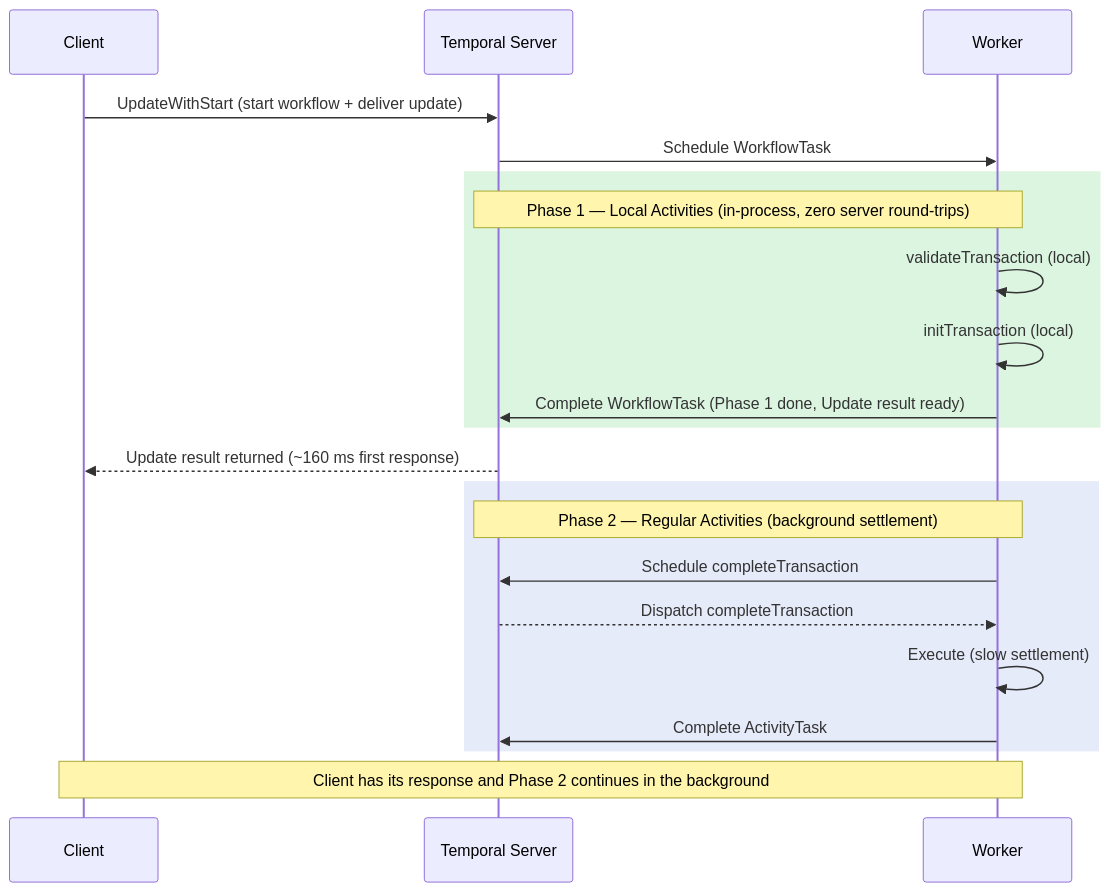
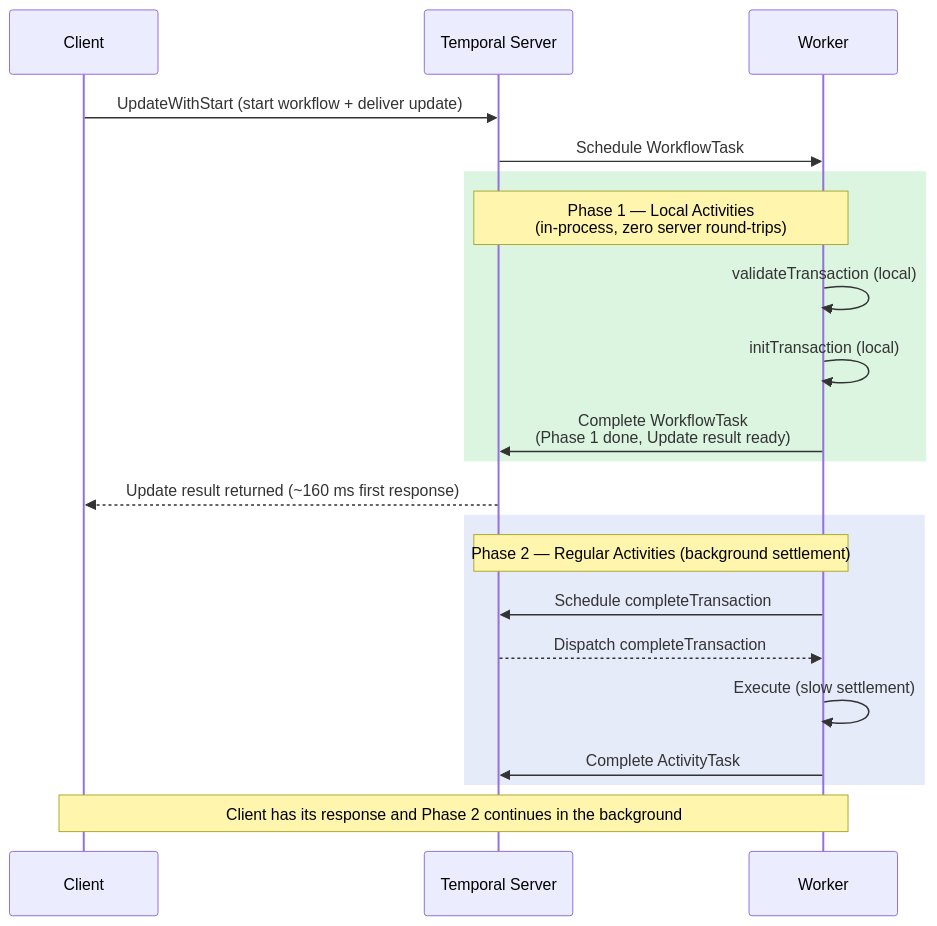
One commit to temporalio/documentation changed the diagram in docs/design-patterns/early-return-local-activities.mdx. Above: the diagram before and after it, drawn with Mermaid. The commit also changed 15 other files, not shown here.

First line of the commit message:
Refactor Mermaid diagrams for improved clarity and consistency across documentation

````diff
--- a/docs/design-patterns/early-return-local-activities.mdx
+++ b/docs/design-patterns/early-return-local-activities.mdx
@@ -21,28 +21,28 @@
 ```mermaid
 sequenceDiagram
     participant C as Client
     participant S as Temporal Server
     participant W as Worker
 
     C->>S: UpdateWithStart (start workflow + deliver update)
     S->>W: Schedule WorkflowTask
 
     rect rgb(220, 245, 225)
-        Note over S,W: Phase 1 — Local Activities (in-process, zero server round-trips)
+        Note over S,W: Phase 1 — Local Activities<br/>(in-process, zero server round-trips)
         W->>W: validateTransaction (local)
         W->>W: initTransaction (local)
-        W->>S: Complete WorkflowTask (Phase 1 done, Update result ready)
+        W->>S: Complete WorkflowTask<br/>(Phase 1 done, Update result ready)
     end
 
     S-->>C: Update result returned (~160 ms first response)
 
     rect rgb(230, 235, 250)
         Note over S,W: Phase 2 — Regular Activities (background settlement)
         W->>S: Schedule completeTransaction
         S-->>W: Dispatch completeTransaction
         W->>W: Execute (slow settlement)
         W->>S: Complete ActivityTask
     end
 
     Note over C,W: Client has its response and Phase 2 continues in the background
 ```
````
